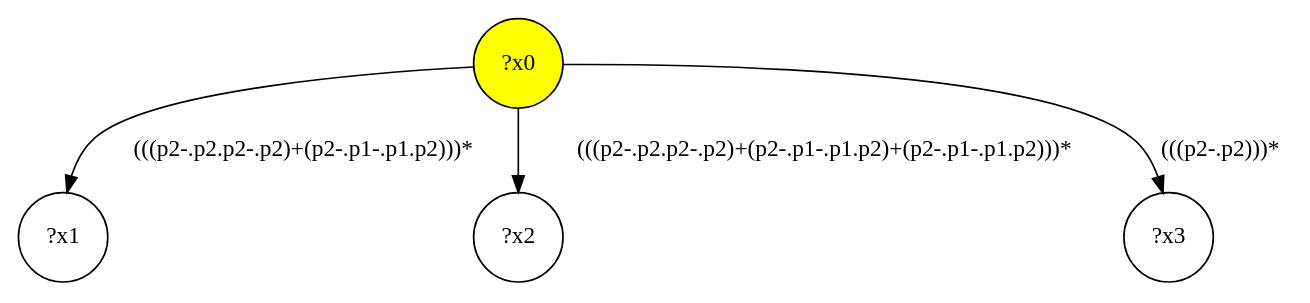
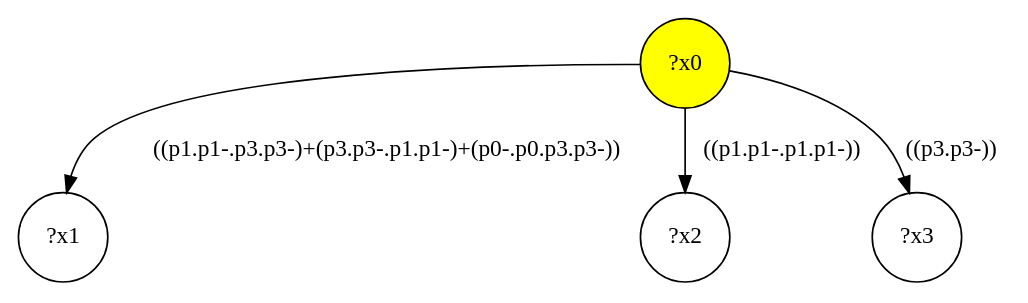
Before and after one commit to gbagan/gmark: the diagram in src/queryinterface/interface-queries/query-5.dot, drawn with Graphviz. The commit also changed 154 other files, not shown here.

```diff
--- a/src/queryinterface/interface-queries/query-5.dot
+++ b/src/queryinterface/interface-queries/query-5.dot
@@ -1,9 +1,9 @@
 digraph g {
 	x0 [fillcolor="yellow", style="filled," shape=circle, label="?x0"];
 	x1 [shape=circle, label="?x1"];
-	x0 -> x1 [label="(((p2-.p2.p2-.p2)+(p2-.p1-.p1.p2)))*"];
+	x0 -> x1 [label="((p1.p1-.p3.p3-)+(p3.p3-.p1.p1-)+(p0-.p0.p3.p3-))"];
 	x2 [shape=circle, label="?x2"];
-	x0 -> x2 [label="(((p2-.p2.p2-.p2)+(p2-.p1-.p1.p2)+(p2-.p1-.p1.p2)))*"];
+	x0 -> x2 [label="((p1.p1-.p1.p1-))"];
 	x3 [shape=circle, label="?x3"];
-	x0 -> x3 [label="(((p2-.p2)))*"];
+	x0 -> x3 [label="((p3.p3-))"];
 }
```
